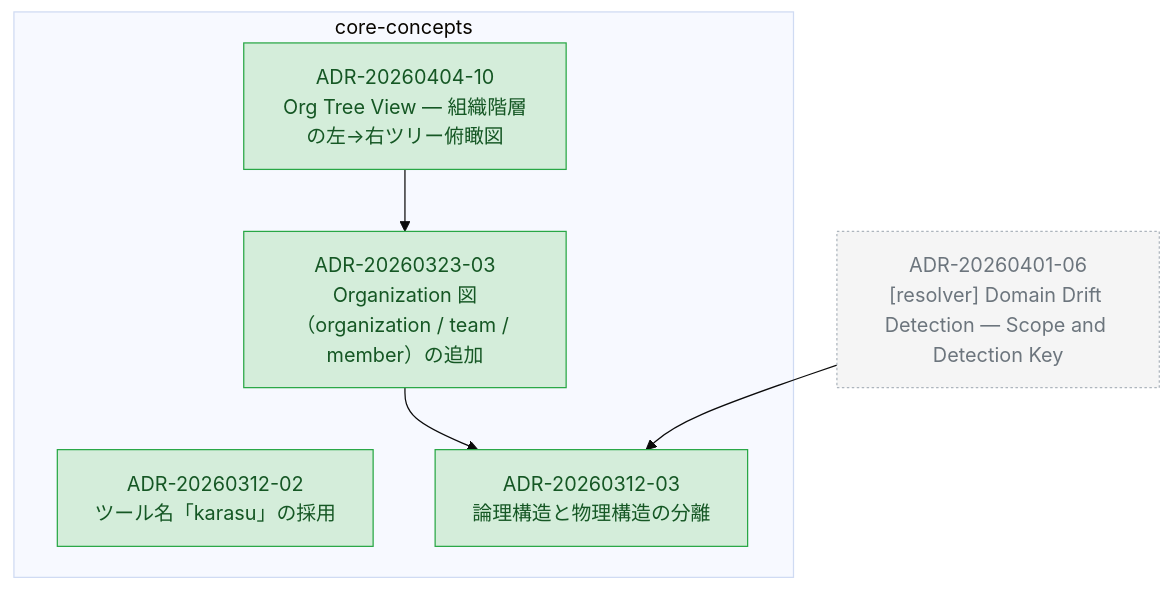
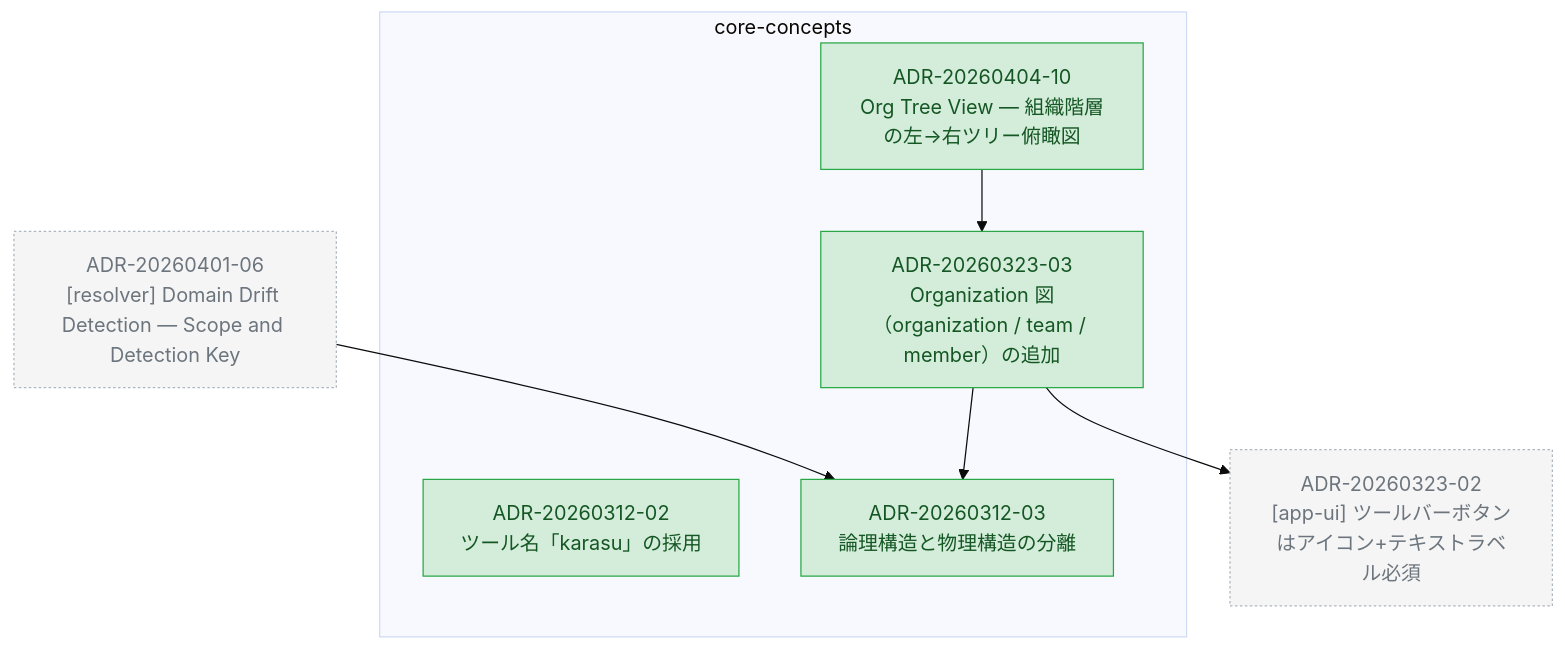
One commit to kompiro/karasu changed the diagram in docs/adr/graph/core-concepts.md. Above: the diagram before and after it, drawn with Mermaid (base theme). The commit also changed 8 other files, not shown here.

First line of the commit message:
chore(adr): regenerate graphs after merging main

````diff
--- a/docs/adr/graph/core-concepts.md
+++ b/docs/adr/graph/core-concepts.md
@@ -6,25 +6,28 @@
 ```mermaid
 flowchart TD
   subgraph core-concepts["core-concepts"]
     ADR_20260312_02["ADR-20260312-02<br/>ツール名「karasu」の採用"]
     ADR_20260312_03["ADR-20260312-03<br/>論理構造と物理構造の分離"]
     ADR_20260323_03["ADR-20260323-03<br/>Organization 図（organization / team / member）の追加"]
     ADR_20260404_10["ADR-20260404-10<br/>Org Tree View — 組織階層の左→右ツリー俯瞰図"]
   end
+  ADR_20260323_02["ADR-20260323-02<br/>[app-ui] ツールバーボタンはアイコン+テキストラベル必須"]
   ADR_20260401_06["ADR-20260401-06<br/>[resolver] Domain Drift Detection — Scope and Detection Key"]
   ADR_20260323_03 --> ADR_20260312_03
+  ADR_20260323_03 --> ADR_20260323_02
   ADR_20260404_10 --> ADR_20260323_03
   ADR_20260401_06 --> ADR_20260312_03
 
   classDef accepted fill:#d4edda,stroke:#28a745,color:#155724
   classDef proposed fill:#fff3cd,stroke:#ffc107,color:#856404
   classDef deprecated fill:#f8d7da,stroke:#dc3545,color:#721c24
   classDef superseded fill:#e2e3e5,stroke:#6c757d,color:#383d41
   classDef not_adopted fill:#e2e3e5,stroke:#6c757d,color:#383d41,stroke-dasharray:3 3
   classDef ghost fill:#f5f5f5,stroke:#adb5bd,color:#6c757d,stroke-dasharray:2 2
   class ADR_20260312_02 accepted
   class ADR_20260312_03 accepted
   class ADR_20260323_03 accepted
   class ADR_20260404_10 accepted
+  class ADR_20260323_02 ghost
   class ADR_20260401_06 ghost
 ```
````
